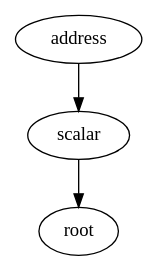
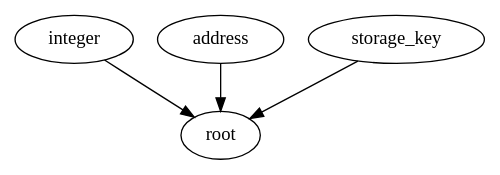
One commit to NotDec/NotDec changed the diagram in logs/20260604-01-evm-type-recovery-next-plan.md. Above: the diagram before and after it, drawn with Graphviz. The commit also changed other lines of this file, not shown here.

````diff
--- a/logs/20260604-01-evm-type-recovery-next-plan.md
+++ b/logs/20260604-01-evm-type-recovery-next-plan.md
@@ -439,12 +445,14 @@
 ```dot
 digraph evm_i256_semantics {
   graph [base="uint", bits="256", namespace="evm"];
 
   root [kind="root", display_name="evm_word"];
-  scalar;
+  integer;
   address;
+  storage_key;
 
-  address -> scalar;
-  scalar -> root;
+  integer -> root;
+  address -> root;
+  storage_key -> root;
 }
 ```
````
